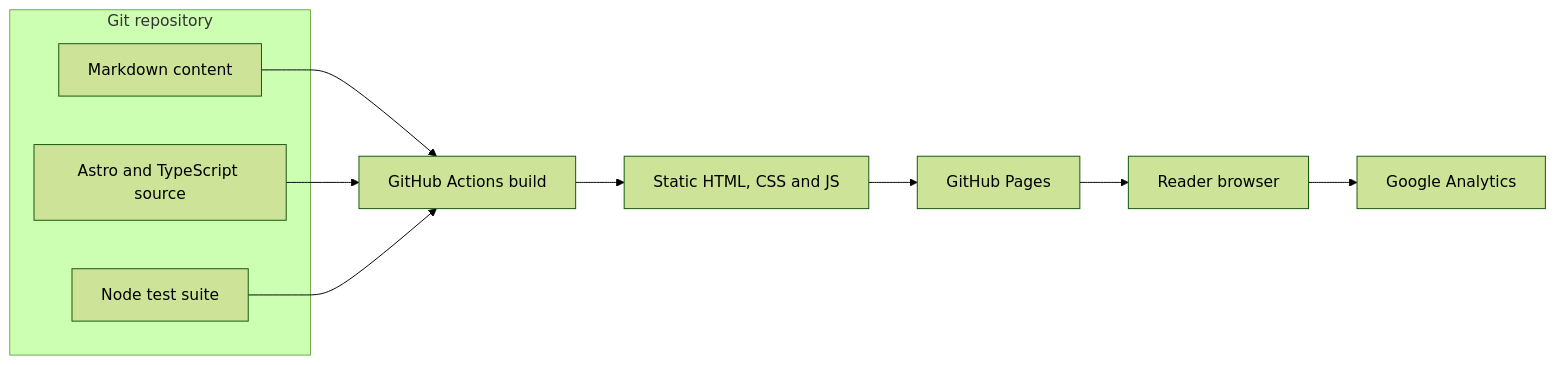
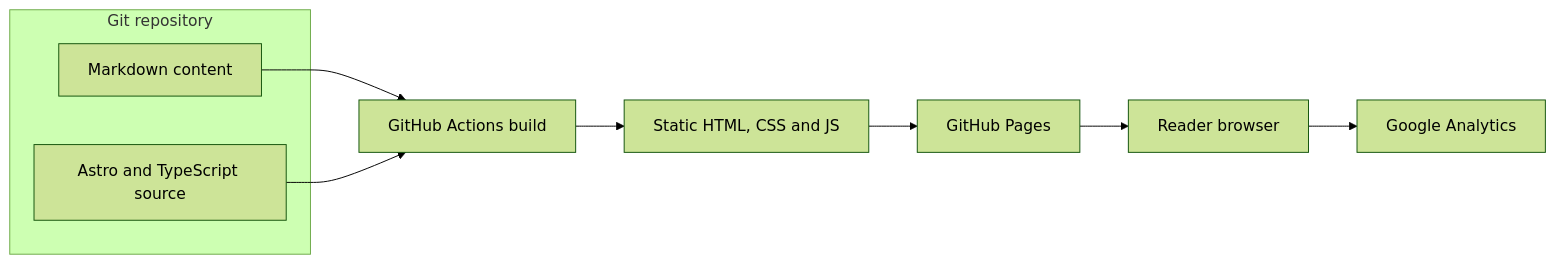
Before and after one commit to qi7876/qi7876.github.io: the diagram in docs/architecture/containers.md, drawn with Mermaid (forest theme). The commit also changed other lines of this file and 21 other files, not shown here.

````diff
--- a/docs/architecture/containers.md
+++ b/docs/architecture/containers.md
@@ -3,22 +3,20 @@
 ```mermaid
 flowchart LR
   subgraph repository[Git repository]
     content[Markdown content]
     source[Astro and TypeScript source]
-    tests[Node test suite]
   end
 
   action[GitHub Actions build]
   artifact[Static HTML, CSS and JS]
   pages[GitHub Pages]
   browser[Reader browser]
   analytics[Google Analytics]
 
   content --> action
   source --> action
-  tests --> action
   action --> artifact
   artifact --> pages
   pages --> browser
   browser --> analytics
 ```
````
